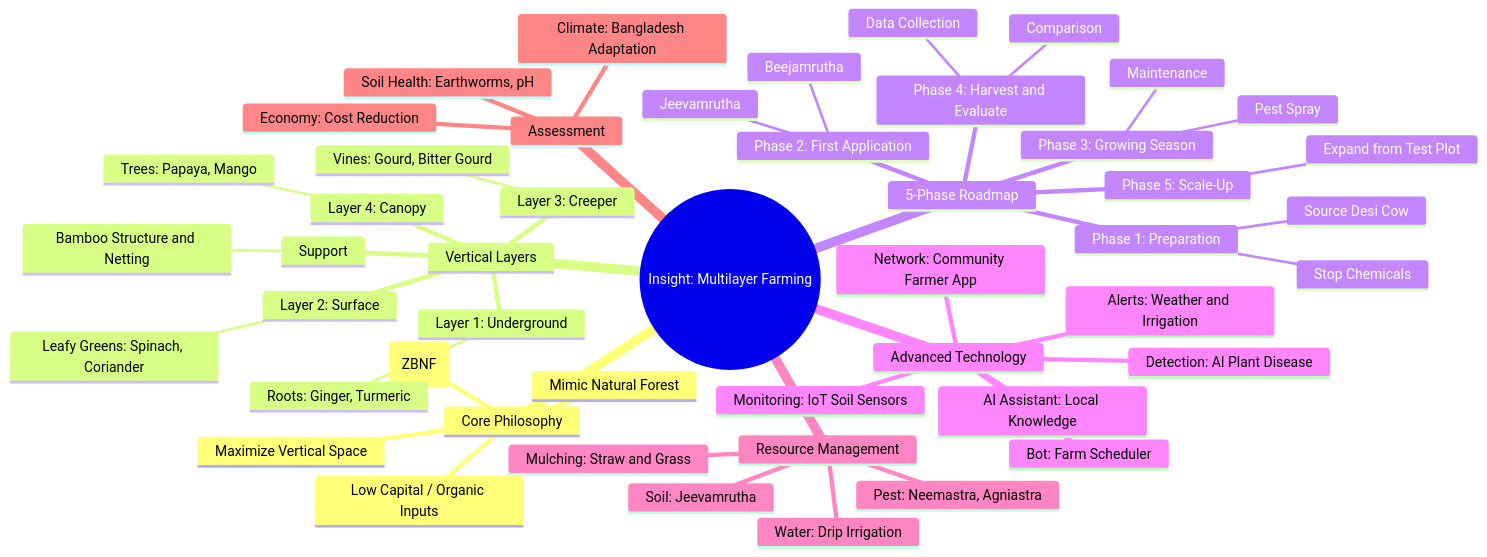
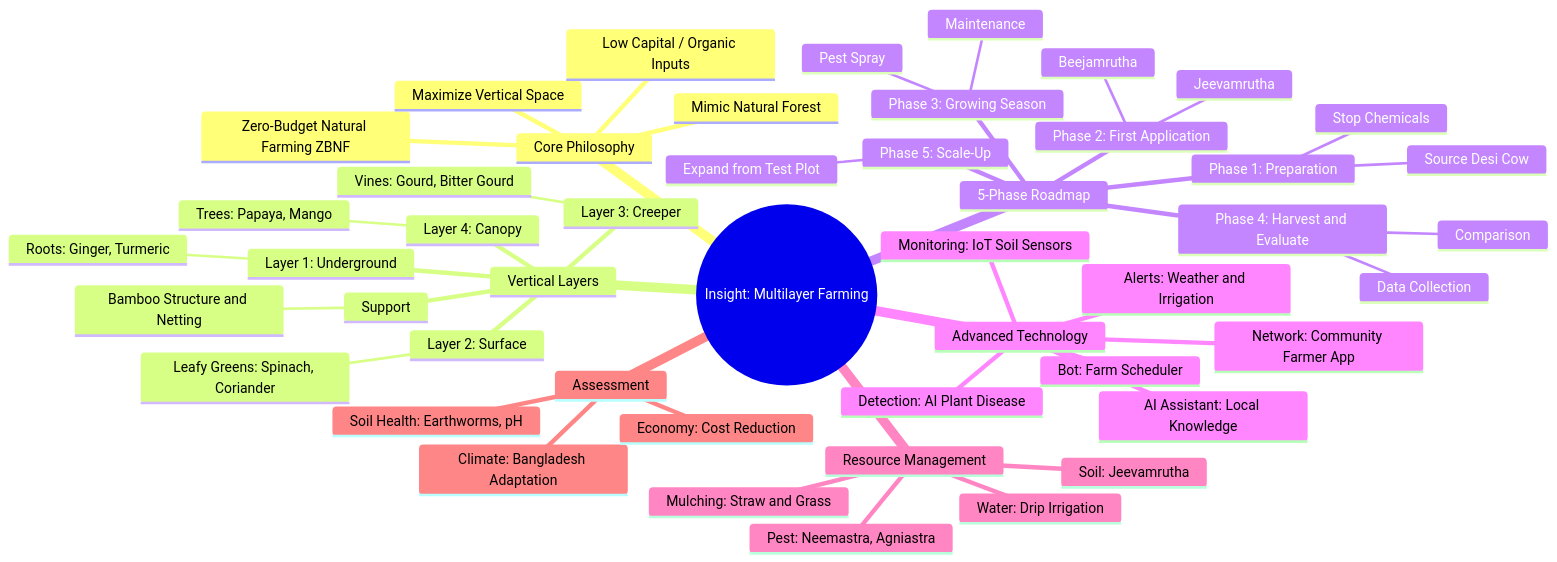
Before and after one commit to abidkhan484/agri-insight: the diagram in content/_index.md, drawn with Mermaid. The commit also changed 2 other files, not shown here.

Commit message:
fix: mermaid syntax issue in server which works

````diff
--- a/content/_index.md
+++ b/content/_index.md
@@ -18,51 +18,51 @@
 ```mermaid
 mindmap
   root((Insight: Multilayer Farming))
     Core Philosophy
-      Zero-Budget Natural Farming (ZBNF)
+      Zero-Budget Natural Farming ZBNF
       Mimic Natural Forest
       Maximize Vertical Space
       Low Capital / Organic Inputs
     Vertical Layers
       Layer 1: Underground
         Roots: Ginger, Turmeric
       Layer 2: Surface
         Leafy Greens: Spinach, Coriander
       Layer 3: Creeper
         Vines: Gourd, Bitter Gourd
       Layer 4: Canopy
         Trees: Papaya, Mango
       Support
         Bamboo Structure and Netting
     5-Phase Roadmap
       Phase 1: Preparation
         Source Desi Cow
         Stop Chemicals
       Phase 2: First Application
         Jeevamrutha
         Beejamrutha
       Phase 3: Growing Season
         Maintenance
         Pest Spray
       Phase 4: Harvest and Evaluate
         Data Collection
         Comparison
       Phase 5: Scale-Up
         Expand from Test Plot
     Advanced Technology
       Bot: Farm Scheduler
       Alerts: Weather and Irrigation
       Monitoring: IoT Soil Sensors
       Detection: AI Plant Disease
       AI Assistant: Local Knowledge
       Network: Community Farmer App
     Resource Management
       Soil: Jeevamrutha
       Pest: Neemastra, Agniastra
       Water: Drip Irrigation
       Mulching: Straw and Grass
     Assessment
       Soil Health: Earthworms, pH
       Climate: Bangladesh Adaptation
       Economy: Cost Reduction
 ```
````
